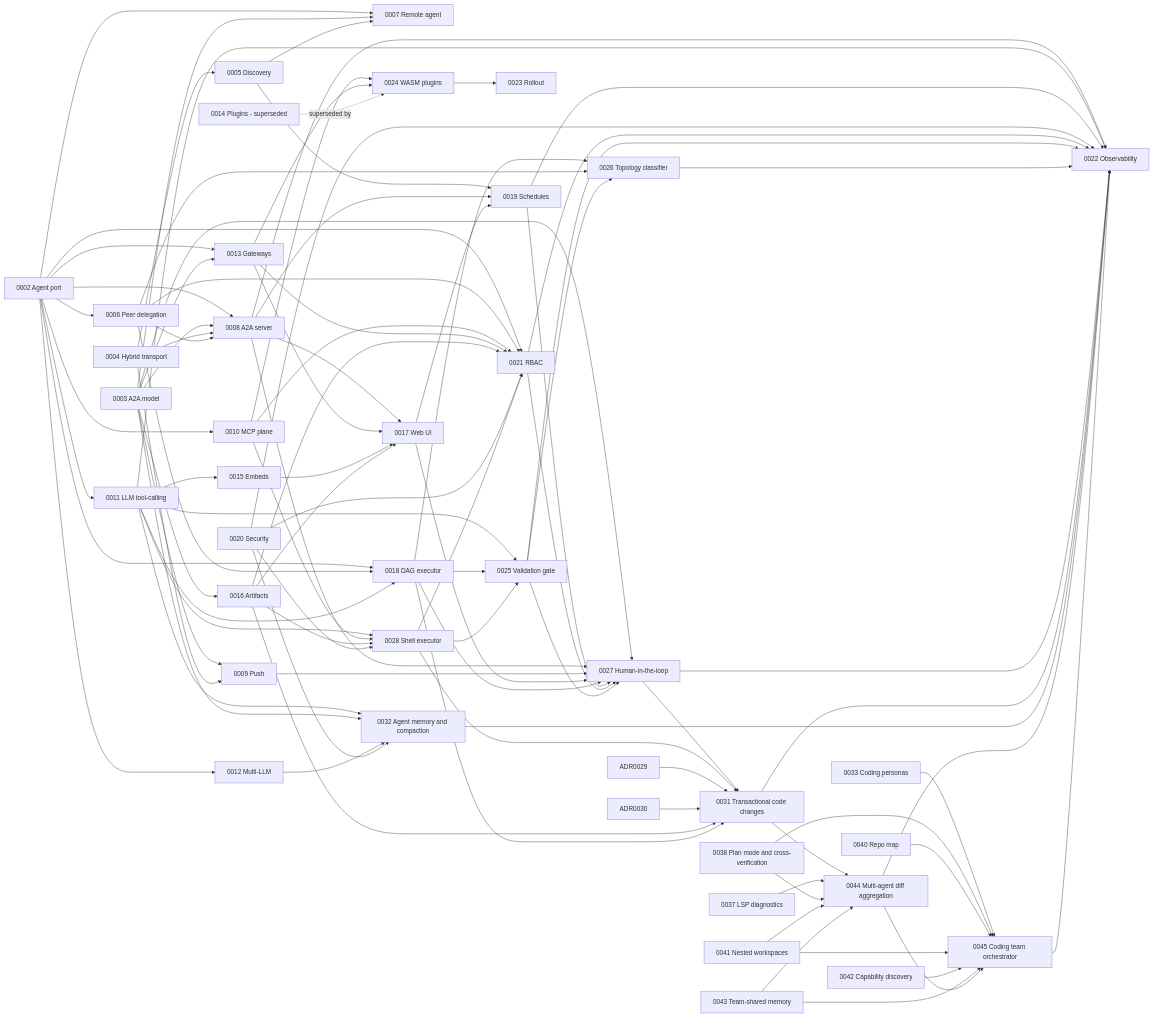
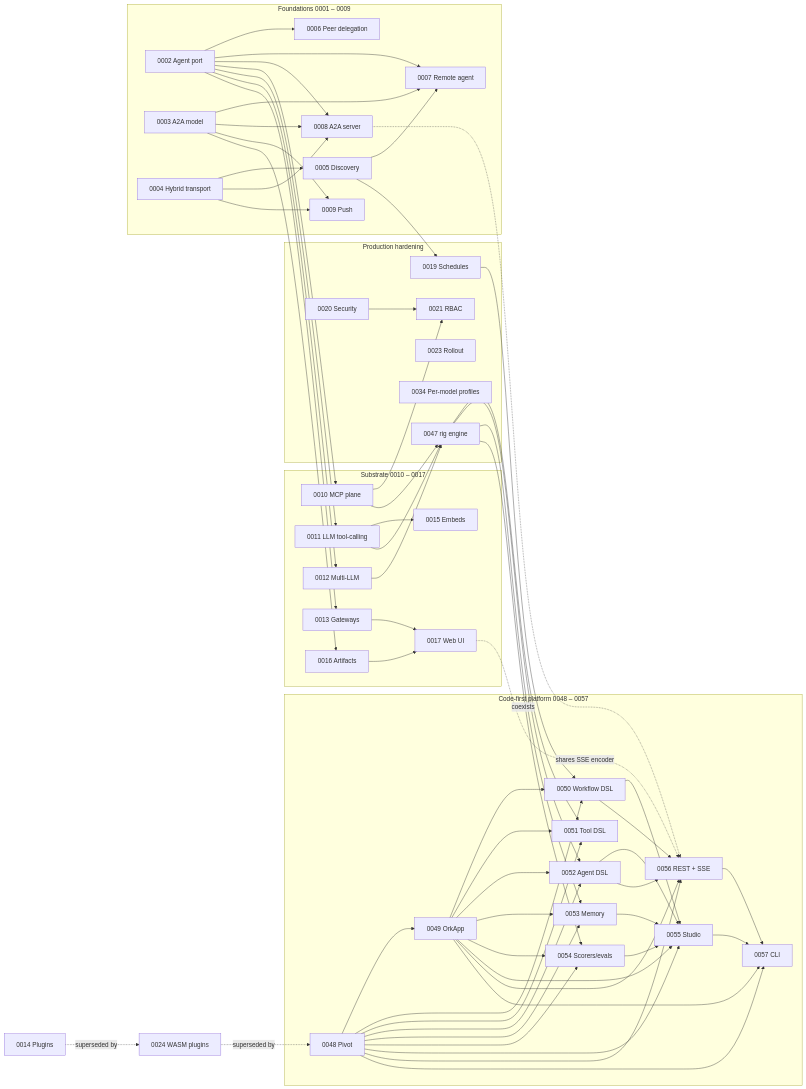
The second of 2 diagrams in docs/adrs/README.md (profencer/ork), drawn with Mermaid before and after one commit. The commit also changed other lines of this file and 47 other files, not shown here.

Commit message:
feat(pivot): migrate local agent to rig

````diff
--- a/docs/adrs/README.md
+++ b/docs/adrs/README.md
@@ -151,94 +169,109 @@
 ```mermaid
 flowchart LR
-  ADR0002[0002 Agent port] --> ADR0011[0011 LLM tool-calling]
-  ADR0002 --> ADR0006[0006 Peer delegation]
-  ADR0002 --> ADR0007[0007 Remote agent]
-  ADR0002 --> ADR0008[0008 A2A server]
-  ADR0002 --> ADR0010[0010 MCP plane]
-  ADR0002 --> ADR0012[0012 Multi-LLM]
-  ADR0002 --> ADR0013[0013 Gateways]
-  ADR0002 --> ADR0018[0018 DAG executor]
-  ADR0002 --> ADR0021[0021 RBAC]
-  ADR0003[0003 A2A model] --> ADR0007
+  subgraph foundations [Foundations 0001 – 0009]
+    ADR0002[0002 Agent port]
+    ADR0003[0003 A2A model]
+    ADR0004[0004 Hybrid transport]
+    ADR0005[0005 Discovery]
+    ADR0006[0006 Peer delegation]
+    ADR0007[0007 Remote agent]
+    ADR0008[0008 A2A server]
+    ADR0009[0009 Push]
+  end
+  subgraph substrate [Substrate 0010 – 0017]
+    ADR0010[0010 MCP plane]
+    ADR0011[0011 LLM tool-calling]
+    ADR0012[0012 Multi-LLM]
+    ADR0013[0013 Gateways]
+    ADR0015[0015 Embeds]
+    ADR0016[0016 Artifacts]
+    ADR0017[0017 Web UI]
+  end
+  subgraph hardening [Production hardening]
+    ADR0019[0019 Schedules]
+    ADR0020[0020 Security]
+    ADR0021[0021 RBAC]
+    ADR0023[0023 Rollout]
+    ADR0034[0034 Per-model profiles]
+    ADR0047[0047 rig engine]
+  end
+  subgraph platform [Code-first platform 0048 – 0057]
+    ADR0048[0048 Pivot]
+    ADR0049[0049 OrkApp]
+    ADR0050[0050 Workflow DSL]
+    ADR0051[0051 Tool DSL]
+    ADR0052[0052 Agent DSL]
+    ADR0053[0053 Memory]
+    ADR0054[0054 Scorers/evals]
+    ADR0055[0055 Studio]
+    ADR0056[0056 REST + SSE]
+    ADR0057[0057 CLI]
+  end
+
+  ADR0002 --> ADR0006
+  ADR0002 --> ADR0007
+  ADR0002 --> ADR0008
+  ADR0002 --> ADR0010
+  ADR0002 --> ADR0011
+  ADR0002 --> ADR0012
+  ADR0002 --> ADR0013
+  ADR0003 --> ADR0007
   ADR0003 --> ADR0008
-  ADR0003 --> ADR0009[0009 Push]
-  ADR0003 --> ADR0013
-  ADR0003 --> ADR0016[0016 Artifacts]
-  ADR0004[0004 Hybrid transport] --> ADR0005[0005 Discovery]
+  ADR0003 --> ADR0009
+  ADR0003 --> ADR0016
+  ADR0004 --> ADR0005
   ADR0004 --> ADR0008
   ADR0004 --> ADR0009
   ADR0005 --> ADR0007
-  ADR0005 --> ADR0019[0019 Schedules]
-  ADR0006 --> ADR0008
-  ADR0006 --> ADR0018
-  ADR0006 --> ADR0021
-  ADR0008 --> ADR0017[0017 Web UI]
-  ADR0008 --> ADR0019
-  ADR0008 --> ADR0022[0022 Observability]
-  ADR0010 --> ADR0024[0024 WASM plugins]
+  ADR0005 --> ADR0019
+
+  ADR0011 --> ADR0015
   ADR0010 --> ADR0021
-  ADR0011 --> ADR0015[0015 Embeds]
-  ADR0011 --> ADR0018
-  ADR0011 --> ADR0022
-  ADR0013 --> ADR0024
   ADR0013 --> ADR0017
-  ADR0013 --> ADR0021
-  ADR0024 --> ADR0023[0023 Rollout]
-  ADR0014[0014 Plugins - superseded] -.->|superseded by| ADR0024
-  ADR0015 --> ADR0017
   ADR0016 --> ADR0017
-  ADR0016 --> ADR0021
-  ADR0017 --> ADR0019
-  ADR0019 --> ADR0022
-  ADR0020[0020 Security] --> ADR0021
-  ADR0020 --> ADR0022
-  ADR0021 --> ADR0022
-  ADR0011 --> ADR0025[0025 Validation gate]
-  ADR0018 --> ADR0025
-  ADR0025 --> ADR0022
-  ADR0018 --> ADR0026[0026 Topology classifier]
-  ADR0006 --> ADR0026
-  ADR0025 --> ADR0026
-  ADR0026 --> ADR0022
-  ADR0003 --> ADR0027[0027 Human-in-the-loop]
-  ADR0008 --> ADR0027
-  ADR0009 --> ADR0027
-  ADR0017 --> ADR0027
-  ADR0018 --> ADR0027
-  ADR0019 --> ADR0027
-  ADR0021 --> ADR0027
-  ADR0025 --> ADR0027
-  ADR0027 --> ADR0022
-  ADR0011 --> ADR0028[0028 Shell executor]
-  ADR0010 --> ADR0028
-  ADR0016 --> ADR0028
-  ADR0020 --> ADR0028
-  ADR0028 --> ADR0021
-  ADR0028 --> ADR0025
-  ADR0027 --> ADR0031[0031 Transactional code changes]
-  ADR0028 --> ADR0031
-  ADR0029 --> ADR0031
-  ADR0030 --> ADR0031
-  ADR0016 --> ADR0031
-  ADR0018 --> ADR0031
-  ADR0031 --> ADR0022
-  ADR0011 --> ADR0032[0032 Agent memory and compaction]
-  ADR0003 --> ADR0032
-  ADR0012 --> ADR0032
-  ADR0020 --> ADR0032
-  ADR0032 --> ADR0022
-  ADR0031 --> ADR0044[0044 Multi-agent diff aggregation]
-  ADR0037[0037 LSP diagnostics] --> ADR0044
-  ADR0038[0038 Plan mode and cross-verification] --> ADR0044
-  ADR0041[0041 Nested workspaces] --> ADR0044
-  ADR0043[0043 Team-shared memory] --> ADR0044
-  ADR0044 --> ADR0022
-  ADR0033[0033 Coding personas] --> ADR0045[0045 Coding team orchestrator]
-  ADR0038 --> ADR0045
-  ADR0040[0040 Repo map] --> ADR0045
-  ADR0041 --> ADR0045
-  ADR0042[0042 Capability discovery] --> ADR0045
-  ADR0043 --> ADR0045
-  ADR0044 --> ADR0045
-  ADR0045 --> ADR0022
+  ADR0020 --> ADR0021
+  ADR0019 --> ADR0050
+
+  ADR0011 --> ADR0047
+  ADR0012 --> ADR0047
+  ADR0010 --> ADR0047
+
+  ADR0048 --> ADR0049
+  ADR0048 --> ADR0050
+  ADR0048 --> ADR0051
+  ADR0048 --> ADR0052
+  ADR0048 --> ADR0053
+  ADR0048 --> ADR0054
+  ADR0048 --> ADR0055
+  ADR0048 --> ADR0056
+  ADR0048 --> ADR0057
+
+  ADR0049 --> ADR0050
+  ADR0049 --> ADR0051
+  ADR0049 --> ADR0052
+  ADR0049 --> ADR0053
+  ADR0049 --> ADR0054
+  ADR0049 --> ADR0055
+  ADR0049 --> ADR0056
+  ADR0049 --> ADR0057
+
+  ADR0047 --> ADR0051
+  ADR0047 --> ADR0052
+  ADR0047 --> ADR0053
+  ADR0047 --> ADR0054
+
+  ADR0050 --> ADR0055
+  ADR0050 --> ADR0056
+  ADR0052 --> ADR0055
+  ADR0052 --> ADR0056
+  ADR0053 --> ADR0055
+  ADR0054 --> ADR0055
+  ADR0055 --> ADR0057
+  ADR0056 --> ADR0057
+
+  ADR0008 -.coexists.-> ADR0056
+  ADR0017 -.shares SSE encoder.-> ADR0056
+
+  ADR0014[0014 Plugins] -.superseded by.-> ADR0024[0024 WASM plugins]
+  ADR0024 -.superseded by.-> ADR0048
 ```
````
